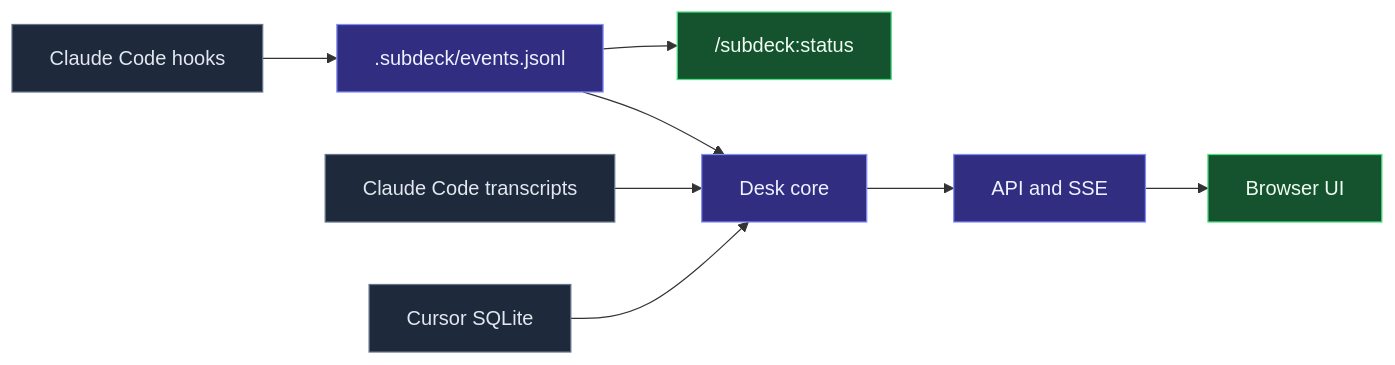
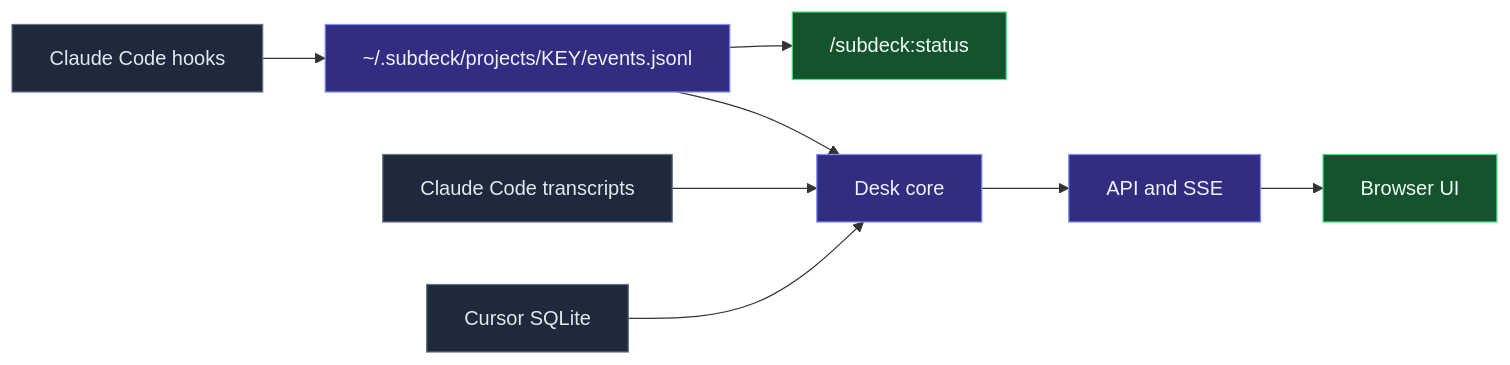
One commit to emiirhandemirci/SubDeck changed the first of 2 diagrams in README.md. Above: the diagram before and after it, drawn with Mermaid. The commit also changed other lines of this file and 1 other file, not shown here.

Commit message:
docs: per-project state lives in ~/.subdeck/projects, no .gitignore entry needed

````diff
--- a/README.md
+++ b/README.md
@@ -98,12 +98,12 @@
 ```mermaid
 flowchart LR
   classDef src fill:#1e293b,stroke:#64748b,color:#e2e8f0
   classDef core fill:#312e81,stroke:#818cf8,color:#eef2ff
   classDef out fill:#14532d,stroke:#4ade80,color:#f0fdf4
-  H["Claude Code hooks"]:::src --> E[".subdeck/events.jsonl"]:::core
+  H["Claude Code hooks"]:::src --> E["~/.subdeck/projects/KEY/events.jsonl"]:::core
   E --> S["/subdeck:status"]:::out
   E --> C
   T["Claude Code transcripts"]:::src --> C["Desk core"]:::core
   Q["Cursor SQLite"]:::src --> C
   C --> A["API and SSE"]:::core --> B["Browser UI"]:::out
 ```
````
